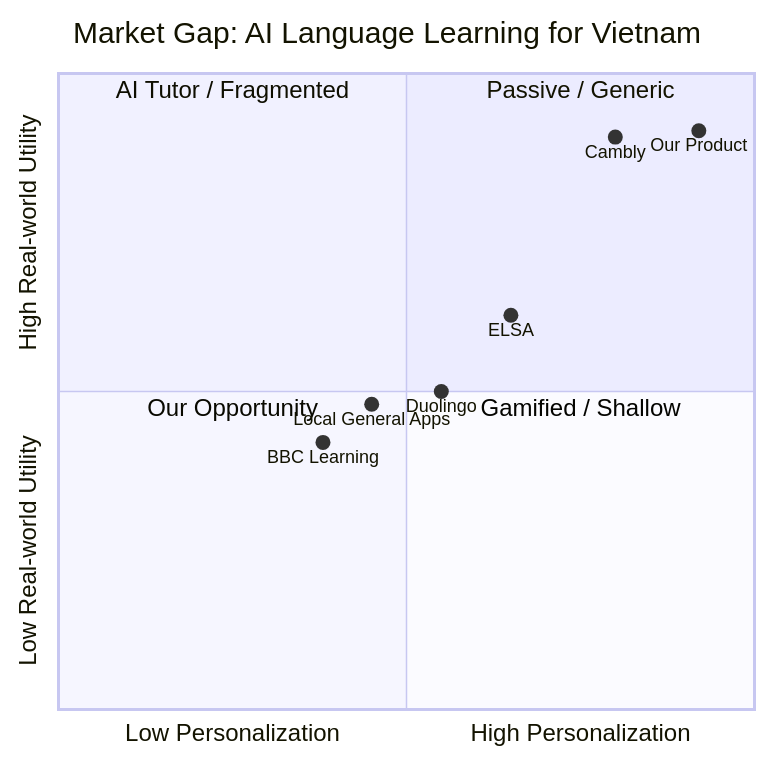
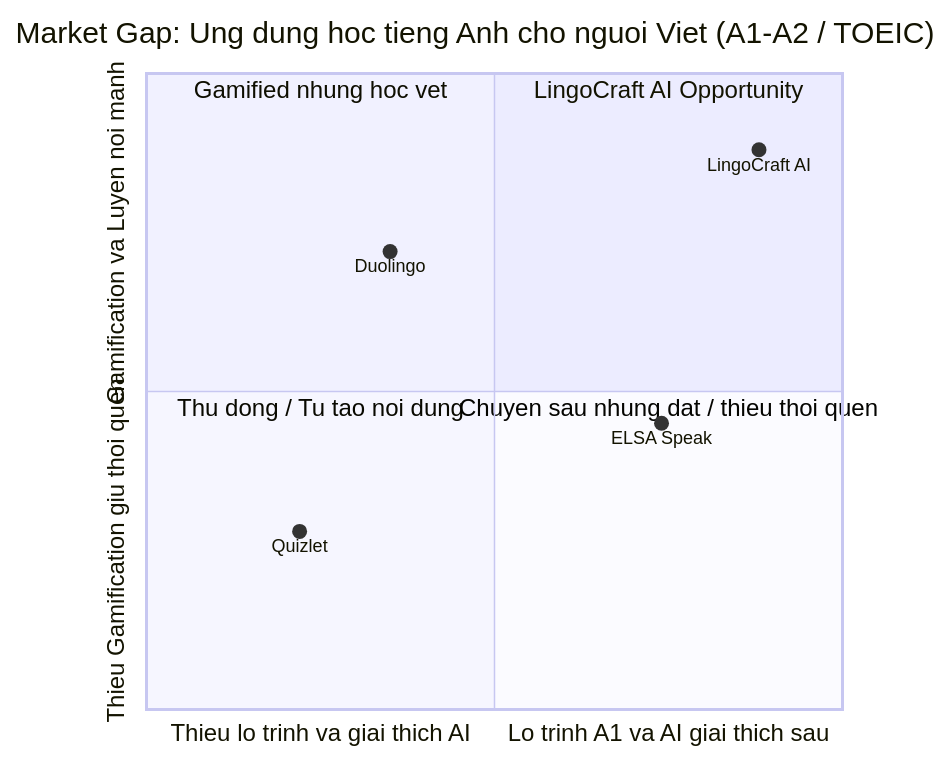
Before and after one commit to Kaioplass2k5/Vault-Myteam: the diagram in 01-discovery/01-market-and-needs.md, drawn with Mermaid. The commit also changed other lines of this file and 6 other files, not shown here.

````diff
--- a/01-discovery/01-market-and-needs.md
+++ b/01-discovery/01-market-and-needs.md
@@ -60,17 +55,15 @@
 ```mermaid
 quadrantChart
-    title Market Gap: AI Language Learning for Vietnam
-    x-axis Low Personalization --> High Personalization
-    y-axis Low Real-world Utility --> High Real-world Utility
-    quadrant-1 "Passive / Generic"
-    quadrant-2 "AI Tutor / Fragmented"
-    quadrant-3 "Our Opportunity"
-    quadrant-4 "Gamified / Shallow"
+    title Market Gap: Ung dung hoc tieng Anh cho nguoi Viet (A1-A2 / TOEIC)
+    x-axis Thieu lo trinh va giai thich AI --> Lo trinh A1 va AI giai thich sau
+    y-axis Thieu Gamification giu thoi quen --> Gamification va Luyen noi manh
+    quadrant-1 "LingoCraft AI Opportunity"
+    quadrant-2 "Gamified nhung hoc vet"
+    quadrant-3 "Thu dong / Tu tao noi dung"
+    quadrant-4 "Chuyen sau nhung dat / thieu thoi quen"
 
-    "Duolingo": [0.55, 0.50]
-    "BBC Learning": [0.38, 0.42]
-    "ELSA": [0.65, 0.62]
-    "Cambly": [0.80, 0.90]
-    "Local General Apps": [0.45, 0.48]
-    "Our Product": [0.92, 0.91]
+    "Quizlet": [0.22, 0.28]
+    "Duolingo": [0.35, 0.72]
+    "ELSA Speak": [0.74, 0.45]
+    "LingoCraft AI": [0.88, 0.88]
 ```
````
